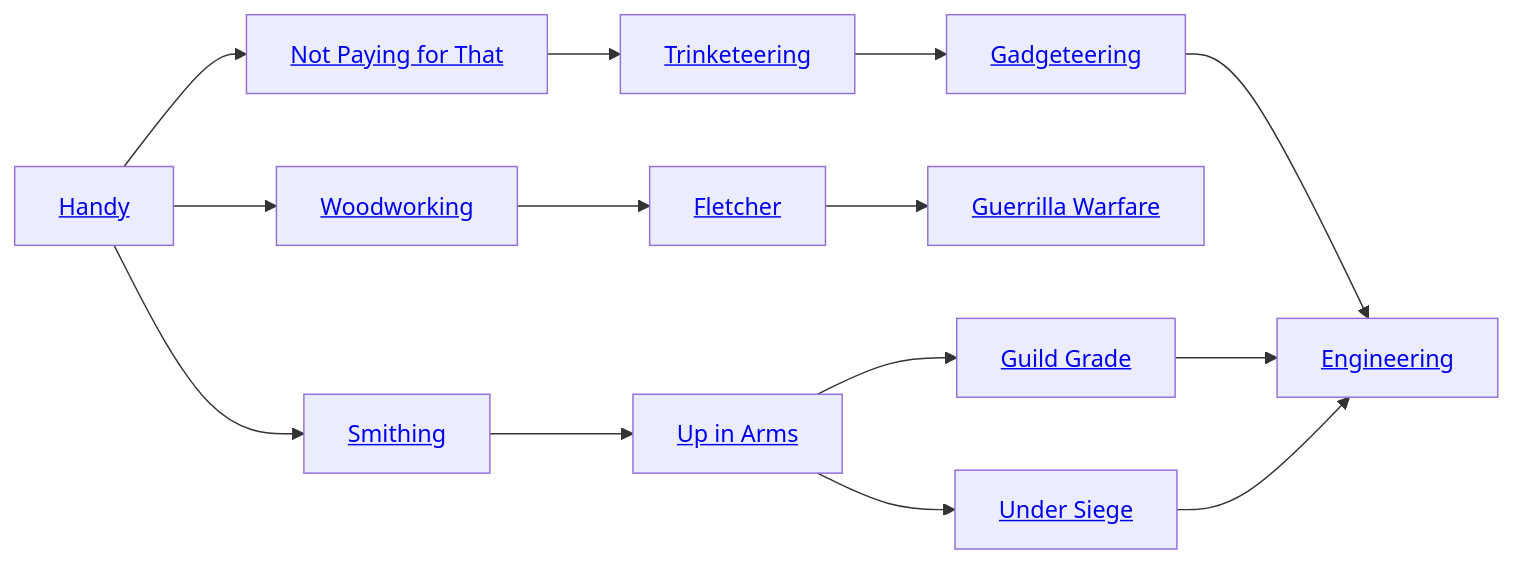
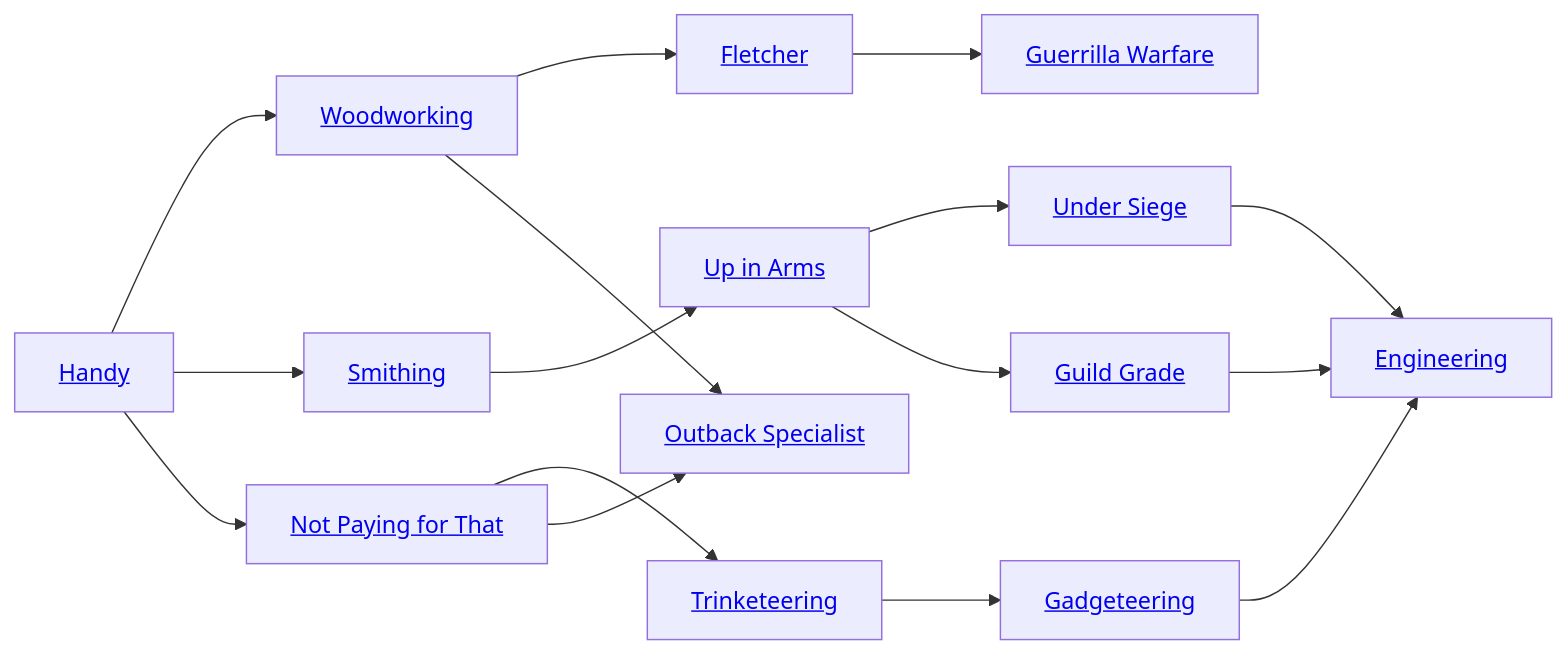
One commit to donutrj/verdigris changed the fourth of 9 diagrams in quartz/content/Characters/Talents/Talent Trees.md. Above: the diagram before and after it, drawn with Mermaid. The commit also changed 7 other files, not shown here.

````diff
--- a/quartz/content/Characters/Talents/Talent Trees.md
+++ b/quartz/content/Characters/Talents/Talent Trees.md
@@ -105,33 +105,36 @@
 ``` mermaid
 graph LR
 
 A[<a href="/verdigris/Characters/Talents/Talent-List#engineering">Engineering</a>]
 B[<a href="/verdigris/Characters/Talents/Talent-List#fletcher">Fletcher</a>]
 C[<a href="/verdigris/Characters/Talents/Talent-List#gadgeteering">Gadgeteering</a>]
 D[<a href="/verdigris/Characters/Talents/Talent-List#guerrilla-warfare">Guerrilla Warfare</a>]
 E[<a href="/verdigris/Characters/Talents/Talent-List#guild-grade">Guild Grade</a>]
 F[<a href="/verdigris/Characters/Talents/Talent-List#handy">Handy</a>]
 G[<a href="/verdigris/Characters/Talents/Talent-List#not-paying-for-that">Not Paying for That</a>]
 H[<a href="/verdigris/Characters/Talents/Talent-List#smithing">Smithing</a>]
 I[<a href="/verdigris/Characters/Talents/Talent-List#trinketeering">Trinketeering</a>]
 J[<a href="/verdigris/Characters/Talents/Talent-List#woodworking">Woodworking</a>]
 K[<a href="/verdigris/Characters/Talents/Talent-List#under-siege">Under Siege</a>]
 L[<a href="/verdigris/Characters/Talents/Talent-List#up-in-arms">Up in Arms</a>]
+M[<a href="/verdigris/Characters/Talents/Talent-List#outback-specialist">Outback Specialist</a>]
 
 F --> J
 F --> H
 F --> G
 J --> B
 H --> L
 G --> I
 B --> D
 L --> K
 L --> E
 I --> C
 C --> A
 E --> A
 K --> A
+J --> M
+G --> M
 
 
 
 ```
````
